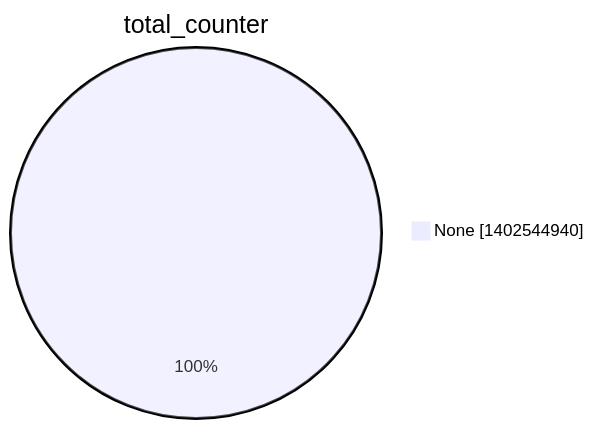
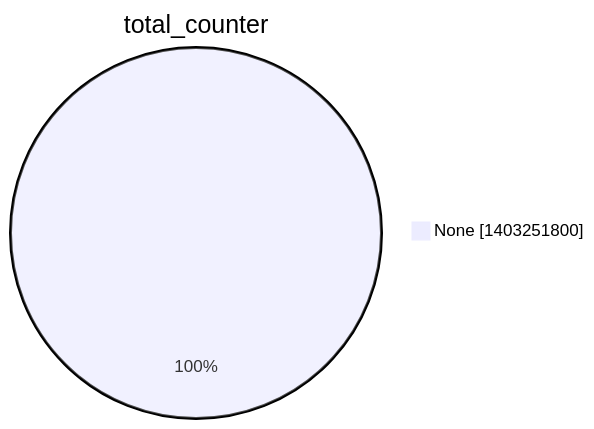
One commit to christiankrug/ctmonitor_visualization changed the second of 15 diagrams in argon2022/README.md. Above: the diagram before and after it, drawn with Mermaid. The commit also changed other lines of this file, not shown here.

````diff
--- a/argon2022/README.md
+++ b/argon2022/README.md
@@ -9,5 +9,5 @@
 ```mermaid
 pie showData
 title total_counter
-"None" :1402544940
+"None" :1403251800
 ```
````
